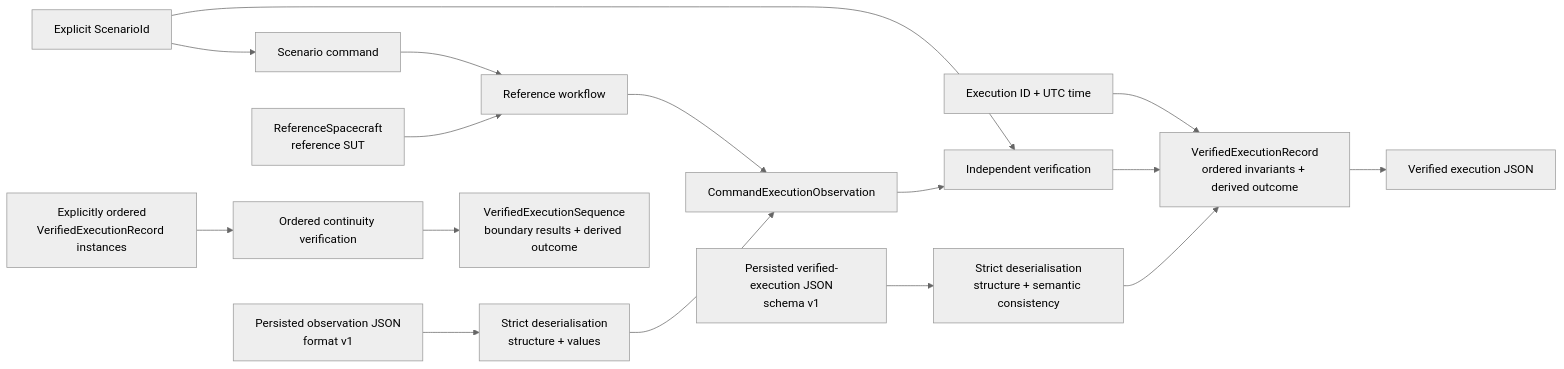
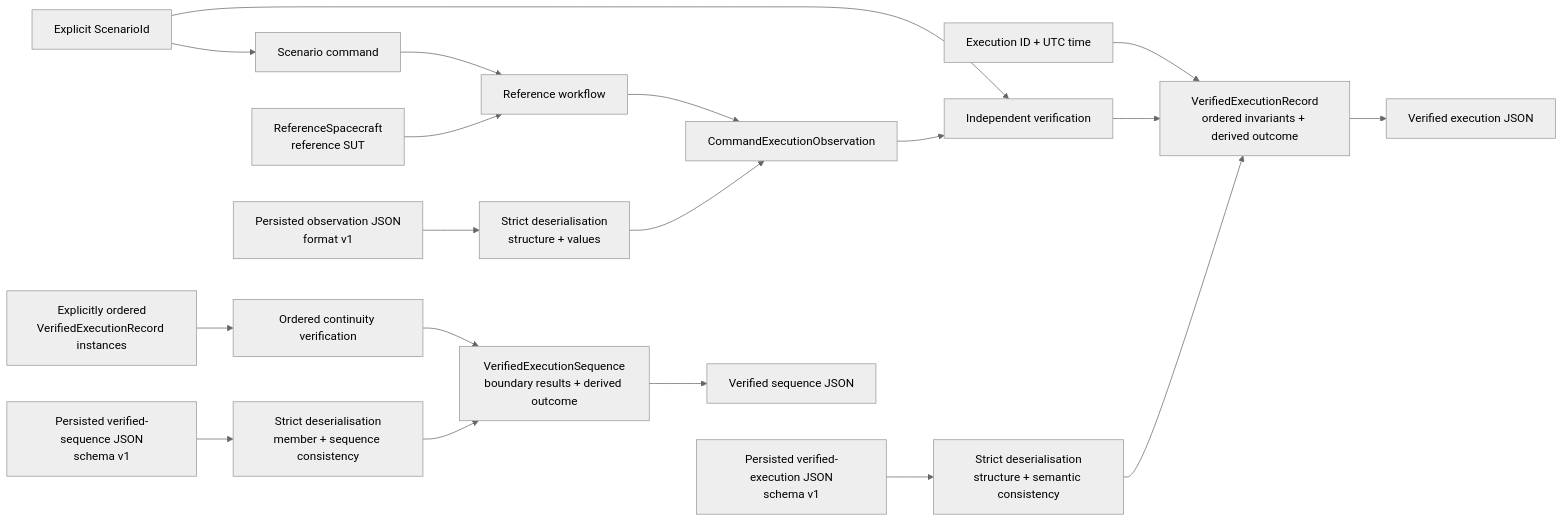
Before and after one commit to NikolayAir/OrbiRig: the diagram in README.md, drawn with Mermaid (neutral theme). The commit also changed other lines of this file and 2 other files, not shown here.

First line of the commit message:
Add verified-execution sequence evidence (#33)

````diff
--- a/README.md
+++ b/README.md
@@ -23,21 +24,24 @@
 ```mermaid
 flowchart LR
     scenario["Explicit ScenarioId"] --> command["Scenario command"]
     command --> workflow["Reference workflow"]
     sut["ReferenceSpacecraft<br/>reference SUT"] --> workflow
     workflow --> observation["CommandExecutionObservation"]
 
     persisted["Persisted observation JSON<br/>format v1"] --> loader["Strict deserialisation<br/>structure + values"]
     loader --> observation
 
     scenario --> verifier["Independent verification"]
     observation --> verifier
     metadata["Execution ID + UTC time"] --> record["VerifiedExecutionRecord<br/>ordered invariants + derived outcome"]
     verifier --> record
     record --> evidence["Verified execution JSON"]
     verified_persisted["Persisted verified-execution JSON<br/>schema v1"] --> verified_loader["Strict deserialisation<br/>structure + semantic consistency"]
     verified_loader --> record
 
     records["Explicitly ordered<br/>VerifiedExecutionRecord instances"] --> continuity["Ordered continuity verification"]
     continuity --> sequence["VerifiedExecutionSequence<br/>boundary results + derived outcome"]
+    sequence --> sequence_evidence["Verified sequence JSON"]
+    sequence_persisted["Persisted verified-sequence JSON<br/>schema v1"] --> sequence_loader["Strict deserialisation<br/>member + sequence consistency"]
+    sequence_loader --> sequence
 ```
````
